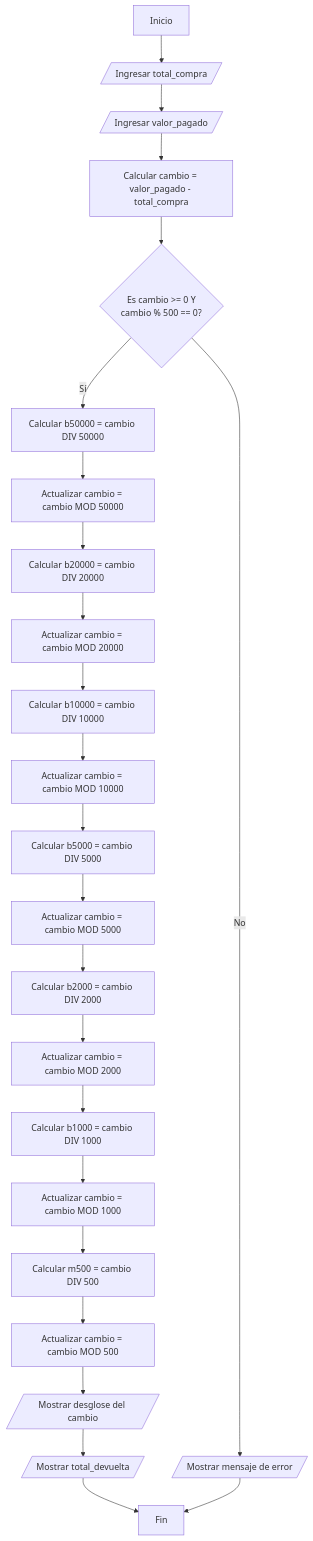
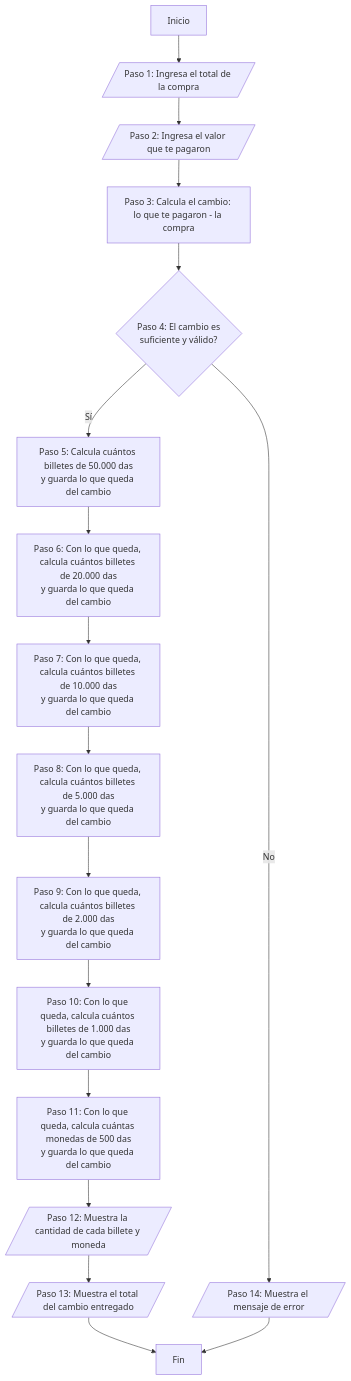
Before and after one commit to Gabriel-Ariza/programacion_20_agosto: the second of 2 diagrams in README.md, drawn with Mermaid. The commit also changed other lines of this file, not shown here.

Commit message:
Update flowchart steps in README.md

````diff
--- a/README.md
+++ b/README.md
@@ -28,26 +27,19 @@
 ```mermaid
 flowchart TD
-    A[Inicio] --> B[/Ingresar total_compra/];
-    B --> C[/Ingresar valor_pagado/];
-    C --> D[Calcular cambio = valor_pagado - total_compra];
-    D --> E{Es cambio >= 0 Y<br>cambio % 500 == 0?};
-    E -- Sí --> F[Calcular b50000 = cambio DIV 50000];
-    F --> G[Actualizar cambio = cambio MOD 50000];
-    G --> H[Calcular b20000 = cambio DIV 20000];
-    H --> I[Actualizar cambio = cambio MOD 20000];
-    I --> J[Calcular b10000 = cambio DIV 10000];
-    J --> K[Actualizar cambio = cambio MOD 10000];
-    K --> L[Calcular b5000 = cambio DIV 5000];
-    L --> M[Actualizar cambio = cambio MOD 5000];
-    M --> N[Calcular b2000 = cambio DIV 2000];
-    N --> O[Actualizar cambio = cambio MOD 2000];
-    O --> P[Calcular b1000 = cambio DIV 1000];
-    P --> Q[Actualizar cambio = cambio MOD 1000];
-    Q --> R[Calcular m500 = cambio DIV 500];
-    R --> S[Actualizar cambio = cambio MOD 500];
-    S --> T[/Mostrar desglose del cambio/];
-    T --> U[/Mostrar total_devuelta/];
-    U --> V[Fin];
-    E -- No --> W[/Mostrar mensaje de error/];
-    W --> V;
+    A[Inicio] --> B[/Paso 1: Ingresa el total de la compra/];
+    B --> C[/Paso 2: Ingresa el valor que te pagaron/];
+    C --> D[Paso 3: Calcula el cambio: lo que te pagaron - la compra];
+    D --> E{Paso 4: El cambio es <br>suficiente y válido?};
+    E -- Sí --> F[Paso 5: Calcula cuántos billetes de 50.000 das<br>y guarda lo que queda del cambio];
+    F --> G[Paso 6: Con lo que queda, calcula cuántos billetes de 20.000 das<br>y guarda lo que queda del cambio];
+    G --> H[Paso 7: Con lo que queda, calcula cuántos billetes de 10.000 das<br>y guarda lo que queda del cambio];
+    H --> I[Paso 8: Con lo que queda, calcula cuántos billetes de 5.000 das<br>y guarda lo que queda del cambio];
+    I --> J[Paso 9: Con lo que queda, calcula cuántos billetes de 2.000 das<br>y guarda lo que queda del cambio];
+    J --> K[Paso 10: Con lo que queda, calcula cuántos billetes de 1.000 das<br>y guarda lo que queda del cambio];
+    K --> L[Paso 11: Con lo que queda, calcula cuántas monedas de 500 das<br>y guarda lo que queda del cambio];
+    L --> M[/Paso 12: Muestra la cantidad de cada billete y moneda/];
+    M --> N[/Paso 13: Muestra el total del cambio entregado/];
+    N --> O[Fin];
+    E -- No --> P[/Paso 14: Muestra el mensaje de error/];
+    P --> O;
 ```
````
